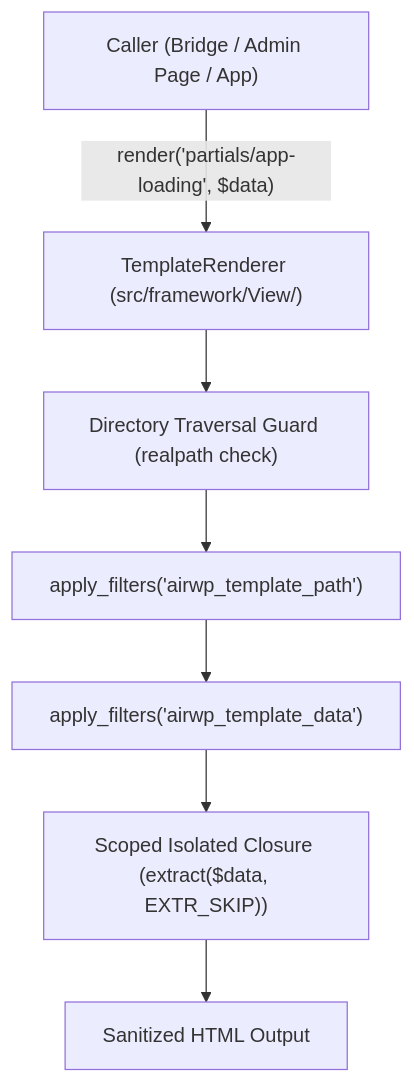
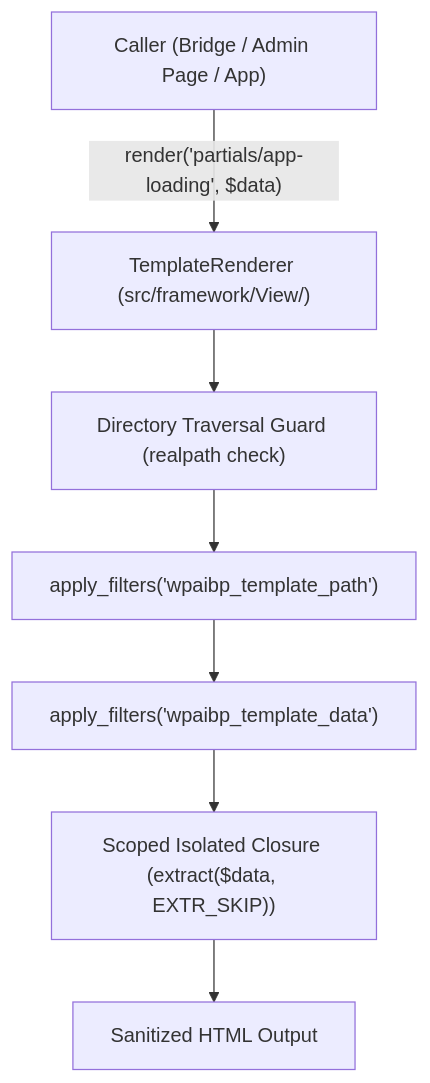
Before and after one commit to blackandcode/ai-ready-wp-plugin-boilerplate: the diagram in docs/framework/template-renderer.md, drawn with Mermaid. The commit also changed other lines of this file and 245 other files, not shown here.

````diff
--- a/docs/framework/template-renderer.md
+++ b/docs/framework/template-renderer.md
@@ -17,17 +17,17 @@
 ```mermaid
 flowchart TD
     Caller["Caller (Bridge / Admin Page / App)"]
     Renderer["TemplateRenderer (src/framework/View/)"]
     Security["Directory Traversal Guard (realpath check)"]
-    FilterPath["apply_filters('airwp_template_path')"]
-    FilterData["apply_filters('airwp_template_data')"]
+    FilterPath["apply_filters('wpaibp_template_path')"]
+    FilterData["apply_filters('wpaibp_template_data')"]
     Scoped["Scoped Isolated Closure (extract($data, EXTR_SKIP))"]
     Output["Sanitized HTML Output"]
 
     Caller -->|"render('partials/app-loading', $data)"| Renderer
     Renderer --> Security
     Security --> FilterPath
     FilterPath --> FilterData
     FilterData --> Scoped
     Scoped --> Output
 ```
````
